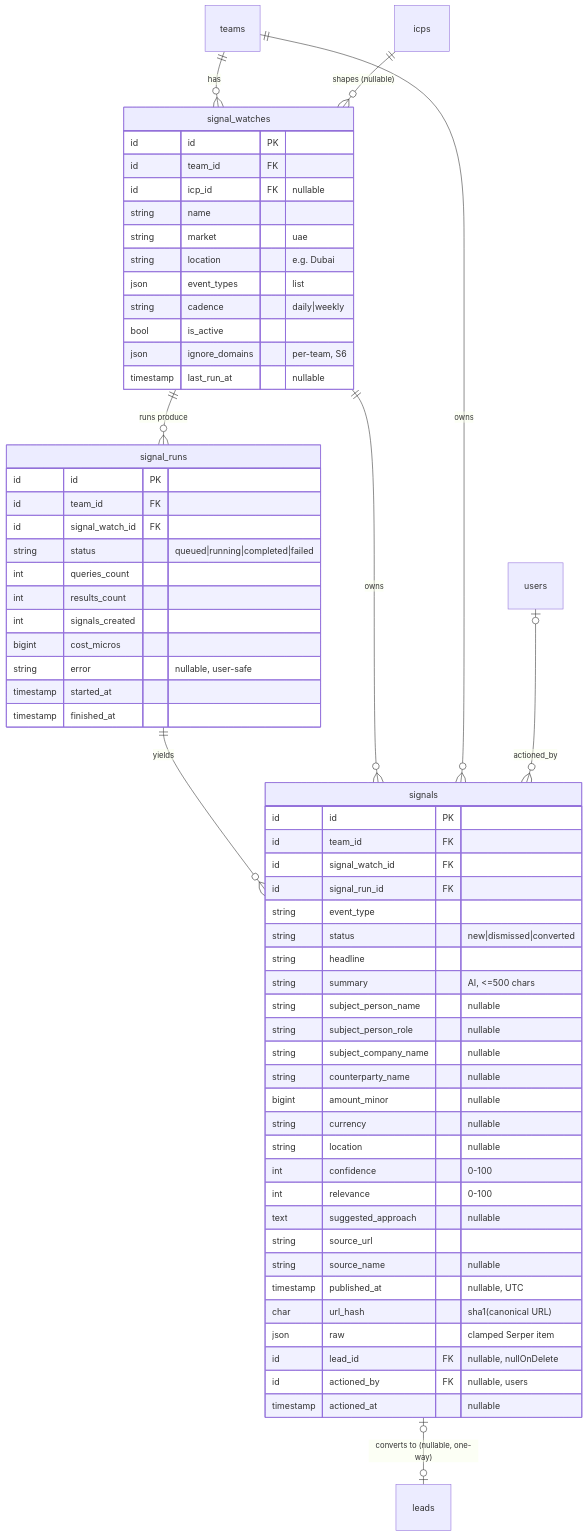
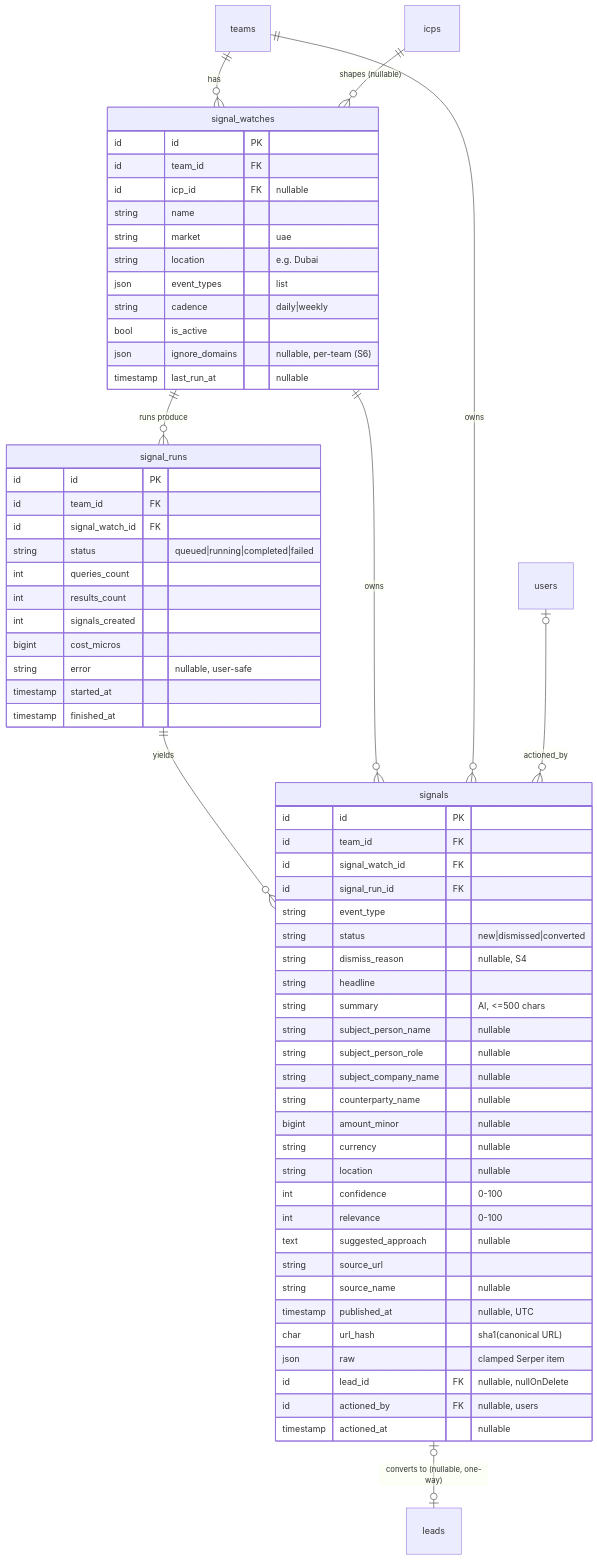
Before and after one commit to LordWatson/AlimaProspects: the first of 2 diagrams in docs/modules/signals.md, drawn with Mermaid. The commit also changed other lines of this file and 115 other files, not shown here.

Commit message:
Add migrations for signal dismiss reasons, watch ignore domains, protected watch deletions, and widened URL columns; add conversion process for signals to leads with validations and front-end modal.

````diff
--- a/docs/modules/signals.md
+++ b/docs/modules/signals.md
@@ -125,65 +202,66 @@
 ```mermaid
 erDiagram
     teams ||--o{ signal_watches : has
     icps ||--o{ signal_watches : "shapes (nullable)"
     signal_watches ||--o{ signal_runs : "runs produce"
     signal_runs ||--o{ signals : "yields"
     signal_watches ||--o{ signals : "owns"
     teams ||--o{ signals : owns
     signals |o--o| leads : "converts to (nullable, one-way)"
     users |o--o{ signals : "actioned_by"
     signal_watches {
         id id PK
         id team_id FK
         id icp_id FK "nullable"
         string name
         string market "uae"
         string location "e.g. Dubai"
         json event_types "list<SignalEventType>"
         string cadence "daily|weekly"
         bool is_active
-        json ignore_domains "per-team, S6"
+        json ignore_domains "nullable, per-team (S6)"
         timestamp last_run_at "nullable"
     }
     signal_runs {
         id id PK
         id team_id FK
         id signal_watch_id FK
         string status "queued|running|completed|failed"
         int queries_count
         int results_count
         int signals_created
         bigint cost_micros
         string error "nullable, user-safe"
         timestamp started_at
         timestamp finished_at
     }
     signals {
         id id PK
         id team_id FK
         id signal_watch_id FK
         id signal_run_id FK
         string event_type
         string status "new|dismissed|converted"
+        string dismiss_reason "nullable, S4"
         string headline
         string summary "AI, <=500 chars"
         string subject_person_name "nullable"
         string subject_person_role "nullable"
         string subject_company_name "nullable"
         string counterparty_name "nullable"
         bigint amount_minor "nullable"
         string currency "nullable"
         string location "nullable"
         int confidence "0-100"
         int relevance "0-100"
         text suggested_approach "nullable"
         string source_url
         string source_name "nullable"
         timestamp published_at "nullable, UTC"
         char url_hash "sha1(canonical URL)"
         json raw "clamped Serper item"
         id lead_id FK "nullable, nullOnDelete"
         id actioned_by FK "nullable, users"
         timestamp actioned_at "nullable"
     }
 ```
````
